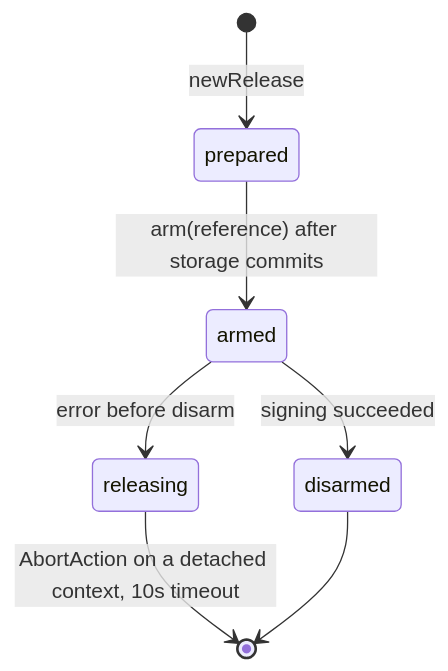
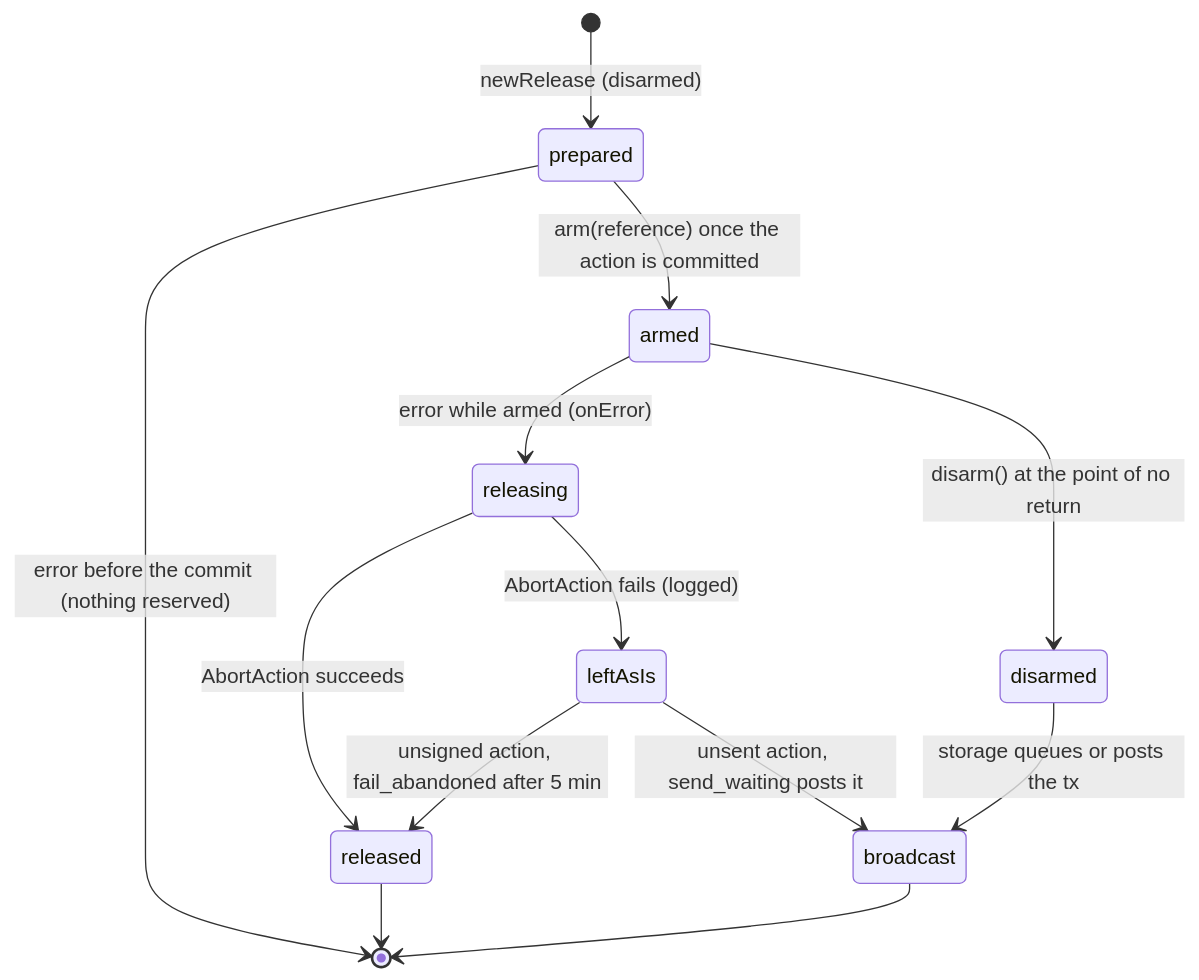
The second of 4 diagrams in docs/utxo-lifecycle.md (bsv-blockchain/go-wallet-toolbox), drawn with Mermaid before and after one commit. The commit also changed other lines of this file and 3 other files, not shown here.

Commit message:
docs: add lifecycle charts

````diff
--- a/docs/utxo-lifecycle.md
+++ b/docs/utxo-lifecycle.md
@@ -104,9 +123,15 @@
 ```mermaid
 stateDiagram-v2
-    [*] --> prepared : newRelease
-    prepared --> armed : arm(reference) after storage commits
-    armed --> disarmed : signing succeeded
-    armed --> releasing : error before disarm
-    releasing --> [*] : AbortAction on a detached context, 10s timeout
-    disarmed --> [*]
+    [*] --> prepared : newRelease (disarmed)
+    prepared --> [*] : error before the commit (nothing reserved)
+    prepared --> armed : arm(reference) once the action is committed
+    armed --> disarmed : disarm() at the point of no return
+    armed --> releasing : error while armed (onError)
+    releasing --> released : AbortAction succeeds
+    releasing --> leftAsIs : AbortAction fails (logged)
+    leftAsIs --> released : unsigned action, fail_abandoned after 5 min
+    leftAsIs --> broadcast : unsent action, send_waiting posts it
+    disarmed --> broadcast : storage queues or posts the tx
+    released --> [*]
+    broadcast --> [*]
 ```
````
